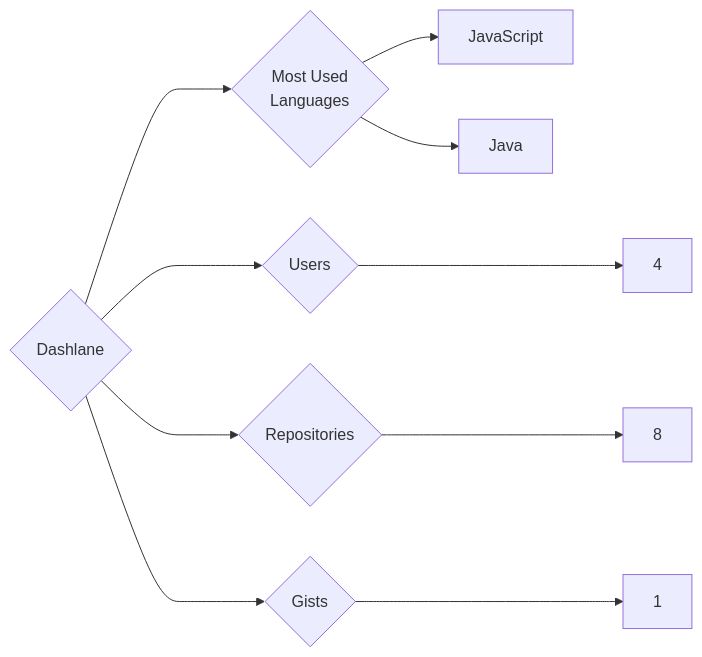
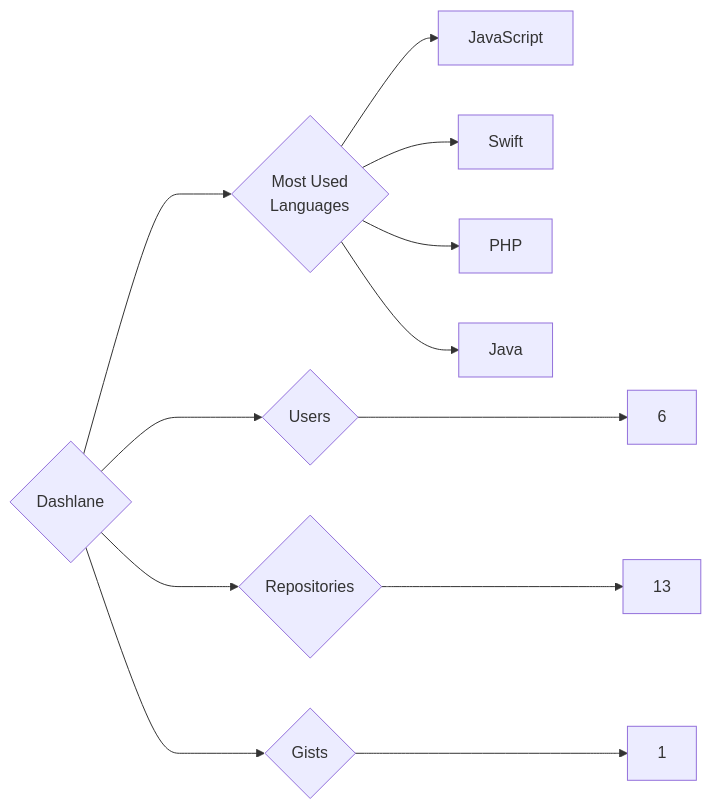
One commit to trickest/insiders changed the diagram in targets/Dashlane/README.md. Above: the diagram before and after it, drawn with Mermaid. The commit also changed 783 other files, not shown here.

````diff
--- a/targets/Dashlane/README.md
+++ b/targets/Dashlane/README.md
@@ -3,10 +3,12 @@
 ```mermaid
 graph LR
 COMPANY_NAME{Dashlane}
-COMPANY_NAME ---> U{Users} ---> UN[4]
-COMPANY_NAME ---> R{Repositories} ---> RN[8]
+COMPANY_NAME ---> U{Users} ---> UN[6]
+COMPANY_NAME ---> R{Repositories} ---> RN[13]
 COMPANY_NAME ---> G{Gists} ---> GN[1]
 COMPANY_NAME ---> ML{Most Used<br>Languages}
 ML --> JavaScript[JavaScript]
+ML --> Swift[Swift]
+ML --> PHP[PHP]
 ML --> Java[Java]
 ```
````
